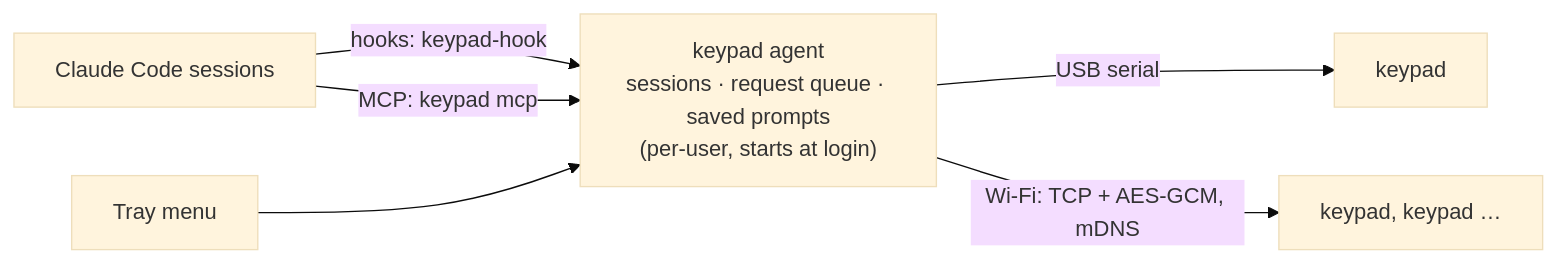
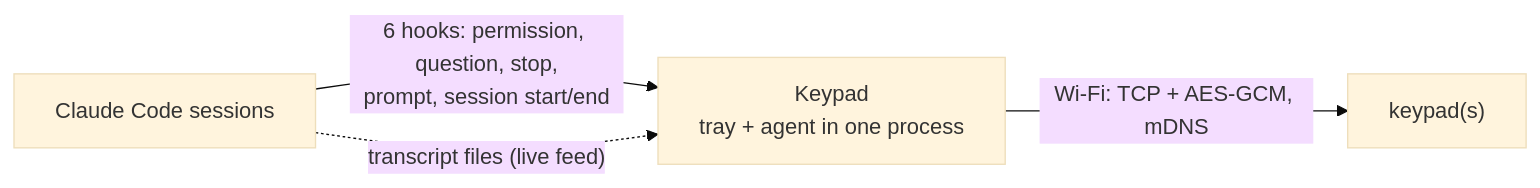
Before and after one commit to jameelhamdan/assistant-keypad: the diagram in README.md, drawn with Mermaid (base theme). The commit also changed other lines of this file and 85 other files, not shown here.

First line of the commit message:
Simplify the keypad: Wi-Fi-only link, live transcript feed, readable Markdown, keypad-decides

````diff
--- a/README.md
+++ b/README.md
@@ -164,9 +75,6 @@
 ```mermaid
 flowchart LR
-    CC["Claude Code sessions"] -- "hooks: keypad-hook" --> A
-    CC -- "MCP: keypad mcp" --> A
-    T["Tray menu"] --> A
-    A["keypad agent<br/>sessions · request queue · saved prompts<br/>(per-user, starts at login)"]
-    A -- "USB serial" --> K1["keypad"]
-    A -- "Wi-Fi: TCP + AES-GCM, mDNS" --> K2["keypad, keypad …"]
+    CC["Claude Code sessions"] -- "6 hooks: permission, question, stop,<br/>prompt, session start/end" --> A
+    CC -. "transcript files (live feed)" .-> A
+    A["Keypad<br/>tray + agent in one process"] -- "Wi-Fi: TCP + AES-GCM, mDNS" --> K["keypad(s)"]
 ```
````
